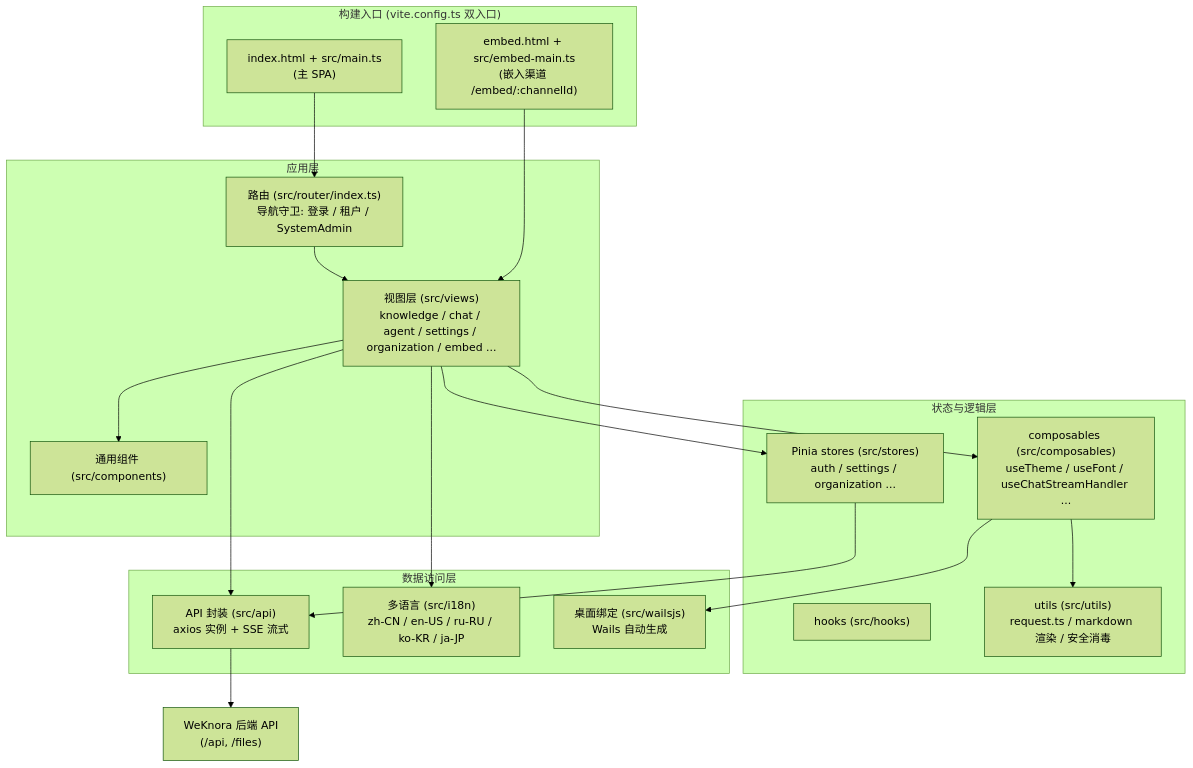
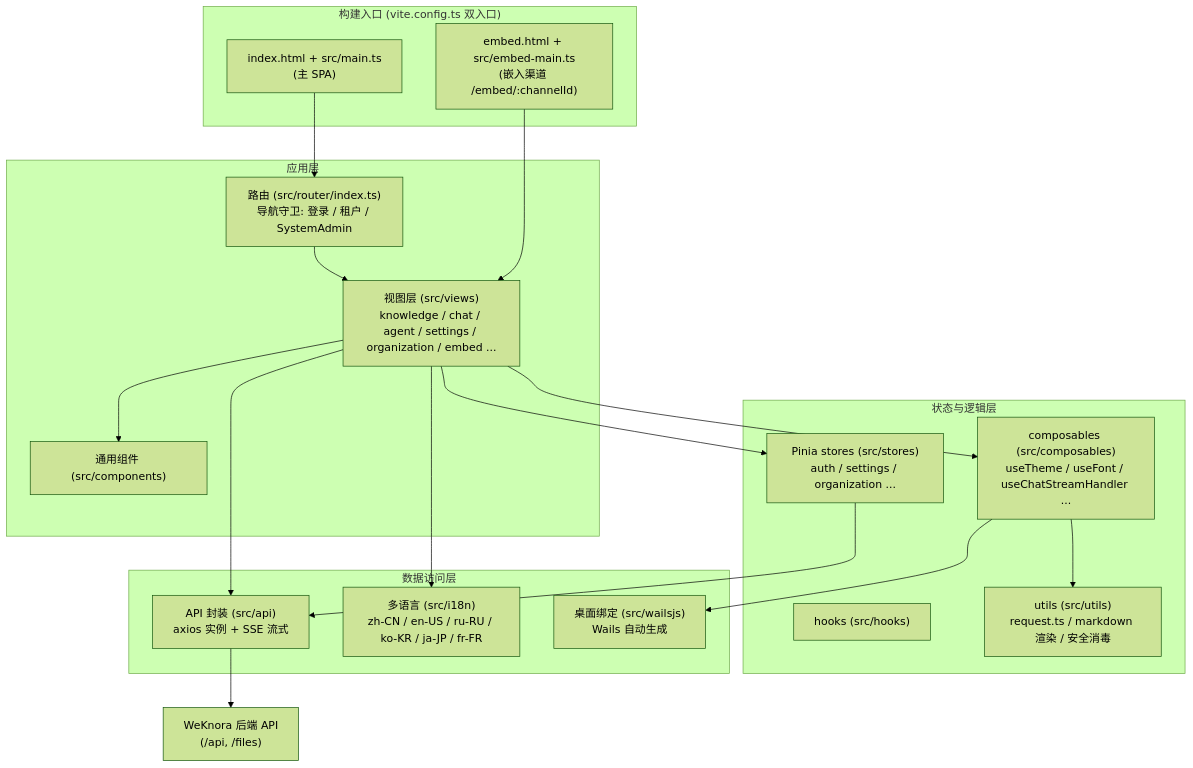
Before and after one commit to Tencent/WeKnora: the diagram in website-docs/05-clients/01-frontend.md, drawn with Mermaid (forest theme). The commit also changed other lines of this file and 57 other files, not shown here.

````diff
--- a/website-docs/05-clients/01-frontend.md
+++ b/website-docs/05-clients/01-frontend.md
@@ -38,40 +38,40 @@
 ```mermaid
 flowchart TB
     subgraph entries["构建入口 (vite.config.ts 双入口)"]
         MAIN["index.html + src/main.ts<br/>(主 SPA)"]
         EMBED["embed.html + src/embed-main.ts<br/>(嵌入渠道 /embed/:channelId)"]
     end
 
     subgraph app["应用层"]
         ROUTER["路由 (src/router/index.ts)<br/>导航守卫: 登录 / 租户 / SystemAdmin"]
         VIEWS["视图层 (src/views)<br/>knowledge / chat / agent / settings / organization / embed ..."]
         COMP["通用组件 (src/components)"]
     end
 
     subgraph state["状态与逻辑层"]
         STORES["Pinia stores (src/stores)<br/>auth / settings / organization ..."]
         COMPOSABLES["composables (src/composables)<br/>useTheme / useFont / useChatStreamHandler ..."]
         HOOKS["hooks (src/hooks)"]
         UTILS["utils (src/utils)<br/>request.ts / markdown 渲染 / 安全消毒"]
     end
 
     subgraph io["数据访问层"]
         API["API 封装 (src/api)<br/>axios 实例 + SSE 流式"]
-        I18N["多语言 (src/i18n)<br/>zh-CN / en-US / ru-RU / ko-KR / ja-JP"]
+        I18N["多语言 (src/i18n)<br/>zh-CN / en-US / ru-RU / ko-KR / ja-JP / fr-FR"]
         WAILS["桌面绑定 (src/wailsjs)<br/>Wails 自动生成"]
     end
 
     BACKEND["WeKnora 后端 API<br/>(/api, /files)"]
 
     MAIN --> ROUTER --> VIEWS
     EMBED --> VIEWS
     VIEWS --> COMP
     VIEWS --> STORES
     VIEWS --> COMPOSABLES
     COMPOSABLES --> UTILS
     STORES --> API
     VIEWS --> API
     API --> BACKEND
     VIEWS --> I18N
     COMPOSABLES --> WAILS
 ```
````
